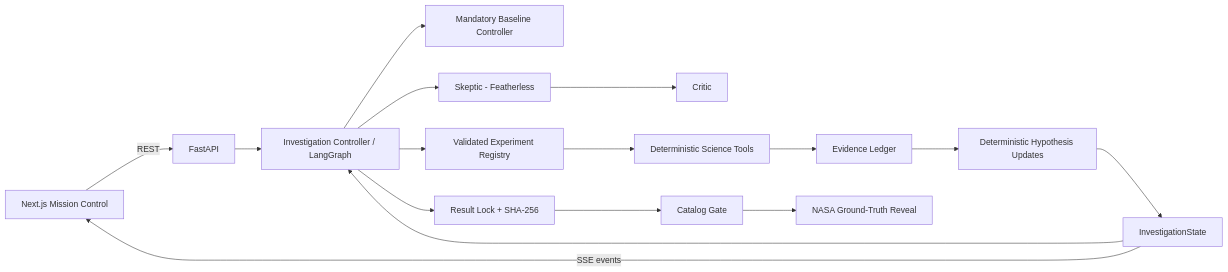
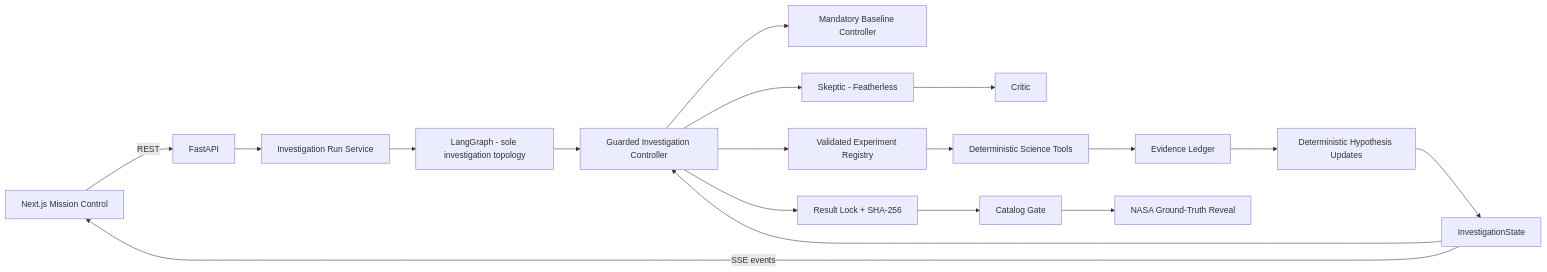
The first of 2 diagrams in docs/02_ARCHITECTURE.md (AzzouzAimen/exoswarm), drawn with Mermaid before and after one commit. The commit also changed other lines of this file and 11 other files, not shown here.

````diff
--- a/docs/02_ARCHITECTURE.md
+++ b/docs/02_ARCHITECTURE.md
@@ -7,18 +7,20 @@
 ```mermaid
 flowchart LR
     UI[Next.js Mission Control] -->|REST| API[FastAPI]
-    API --> CTRL[Investigation Controller / LangGraph]
+    API --> RUNNER[Investigation Run Service]
+    RUNNER --> GRAPH[LangGraph - sole investigation topology]
+    GRAPH --> CTRL[Guarded Investigation Controller]
     CTRL --> BASE[Mandatory Baseline Controller]
     CTRL --> SK[Skeptic - Featherless]
     SK --> CR[Critic]
     CTRL --> REG[Validated Experiment Registry]
     REG --> SCI[Deterministic Science Tools]
     SCI --> LEDGER[Evidence Ledger]
     LEDGER --> HYP[Deterministic Hypothesis Updates]
     HYP --> STATE[InvestigationState]
     STATE --> CTRL
     STATE -->|SSE events| UI
     CTRL --> LOCK[Result Lock + SHA-256]
     LOCK --> GATE[Catalog Gate]
     GATE --> REVEAL[NASA Ground-Truth Reveal]
 ```
````
